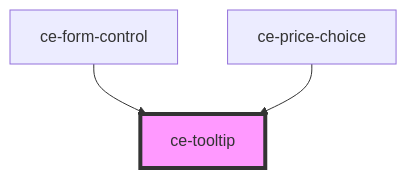
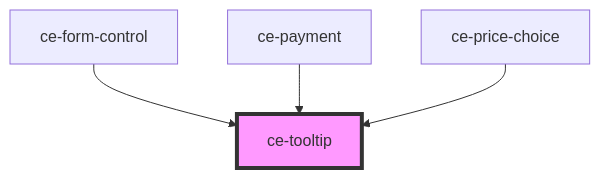
Before and after one commit to surecart/surecart-wp-plugin: the diagram in packages/components/src/components/ui/tooltip/readme.md, drawn with Mermaid. The commit also changed other lines of this file and 162 other files, not shown here.

````diff
--- a/packages/components/src/components/ui/tooltip/readme.md
+++ b/packages/components/src/components/ui/tooltip/readme.md
@@ -35,6 +37,7 @@
 ```mermaid
 graph TD;
   ce-form-control --> ce-tooltip
+  ce-payment --> ce-tooltip
   ce-price-choice --> ce-tooltip
   style ce-tooltip fill:#f9f,stroke:#333,stroke-width:4px
 ```
````
